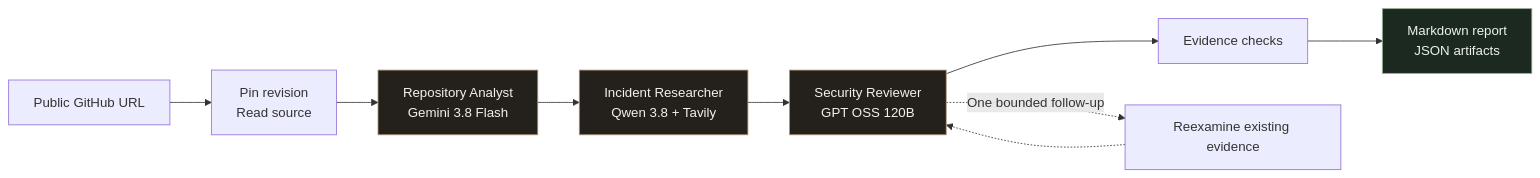
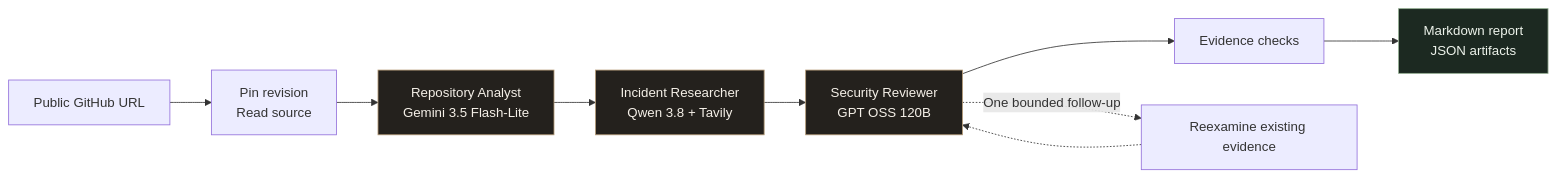
One commit to saubhagya7dev/DevSecOps changed the first of 3 diagrams in README.md. Above: the diagram before and after it, drawn with Mermaid. The commit also changed other lines of this file, not shown here.

Commit message:
docs: update README to the selected Flash-Lite Analyst

````diff
--- a/README.md
+++ b/README.md
@@ -192,16 +192,16 @@
 ```mermaid
 flowchart LR
     URL["Public GitHub URL"] --> PIN["Pin revision<br/>Read source"]
-    PIN --> ANALYST["Repository Analyst<br/>Gemini 3.8 Flash"]
+    PIN --> ANALYST["Repository Analyst<br/>Gemini 3.5 Flash-Lite"]
     ANALYST --> RESEARCH["Incident Researcher<br/>Qwen 3.8 + Tavily"]
     RESEARCH --> REVIEW["Security Reviewer<br/>GPT OSS 120B"]
     REVIEW --> VALIDATE["Evidence checks"]
     VALIDATE --> OUTPUT["Markdown report<br/>JSON artifacts"]
     REVIEW -. "One bounded follow-up" .-> RECHECK["Reexamine existing evidence"]
     RECHECK -.-> REVIEW
 
     classDef role fill:#24211d,stroke:#b59b77,color:#f5f0e8
     classDef output fill:#1c2921,stroke:#93ad91,color:#edf3eb
     class ANALYST,RESEARCH,REVIEW role
     class OUTPUT output
 ```
````
